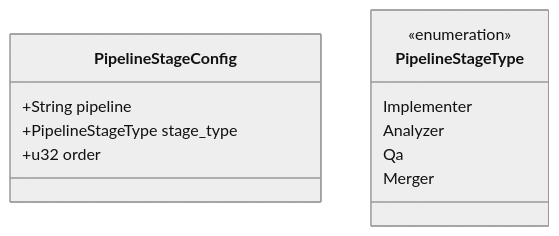
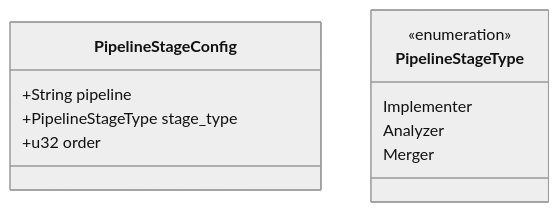
The ninth of 11 diagrams in docs/architecture/05-trigger-system.md (mikel-martin-kuik/nolan), drawn with Mermaid (neutral theme) before and after one commit. The commit also changed 67 other files, not shown here.

First line of the commit message:
refactor: Migrate from Cronos/OpenCode to Scheduler-based architecture

````diff
--- a/docs/architecture/05-trigger-system.md
+++ b/docs/architecture/05-trigger-system.md
@@ -209,16 +209,15 @@
 ```mermaid
 classDiagram
     class PipelineStageConfig {
         +String pipeline
         +PipelineStageType stage_type
         +u32 order
     }
 
     class PipelineStageType {
         <<enumeration>>
         Implementer
         Analyzer
-        Qa
         Merger
     }
 ```
````
